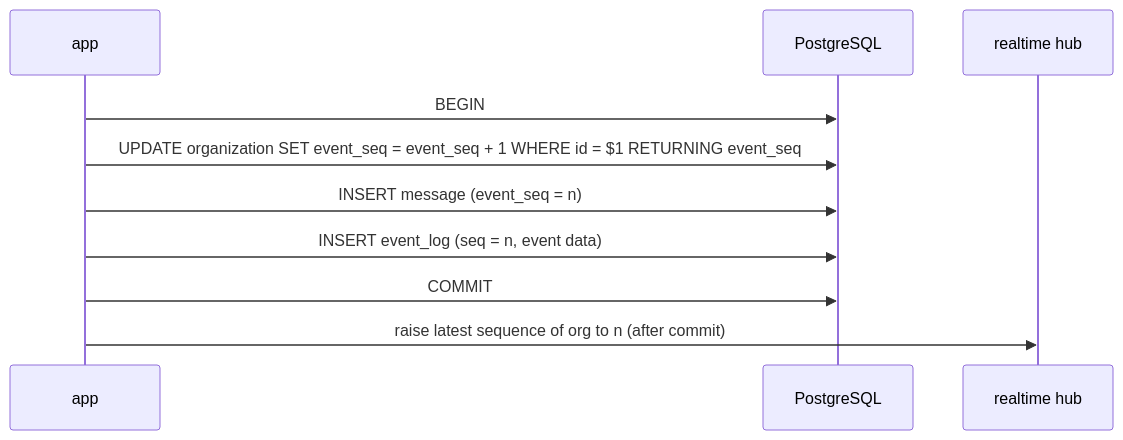
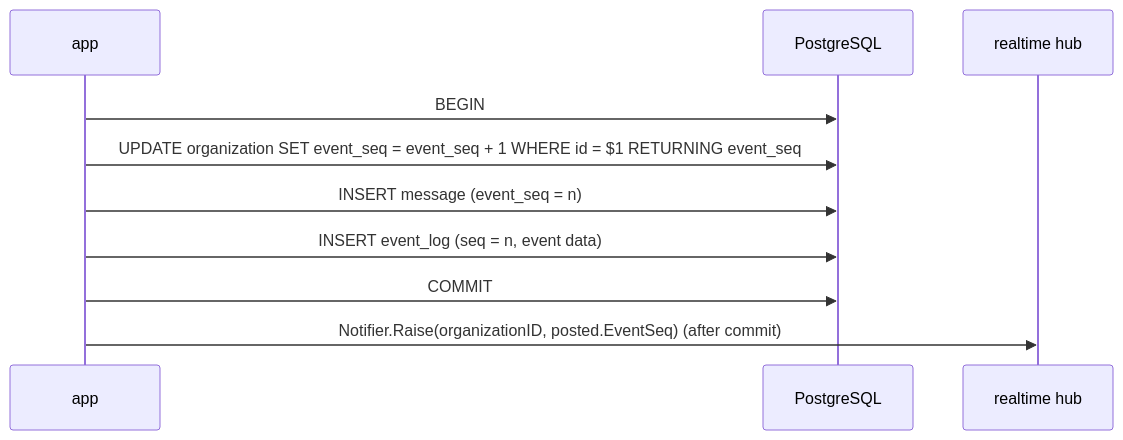
Before and after one commit to tkakkie/ribbitto: the first of 2 diagrams in docs/architecture/realtime.md, drawn with Mermaid. The commit also changed other lines of this file and 11 other files, not shown here.

````diff
--- a/docs/architecture/realtime.md
+++ b/docs/architecture/realtime.md
@@ -5,12 +5,12 @@
 ```mermaid
 sequenceDiagram
   participant A as app
   participant DB as PostgreSQL
   participant H as realtime hub
   A->>DB: BEGIN
   A->>DB: UPDATE organization SET event_seq = event_seq + 1 WHERE id = $1 RETURNING event_seq
   A->>DB: INSERT message (event_seq = n)
   A->>DB: INSERT event_log (seq = n, event data)
   A->>DB: COMMIT
-  A->>H: raise latest sequence of org to n (after commit)
+  A->>H: Notifier.Raise(organizationID, posted.EventSeq) (after commit)
 ```
````
